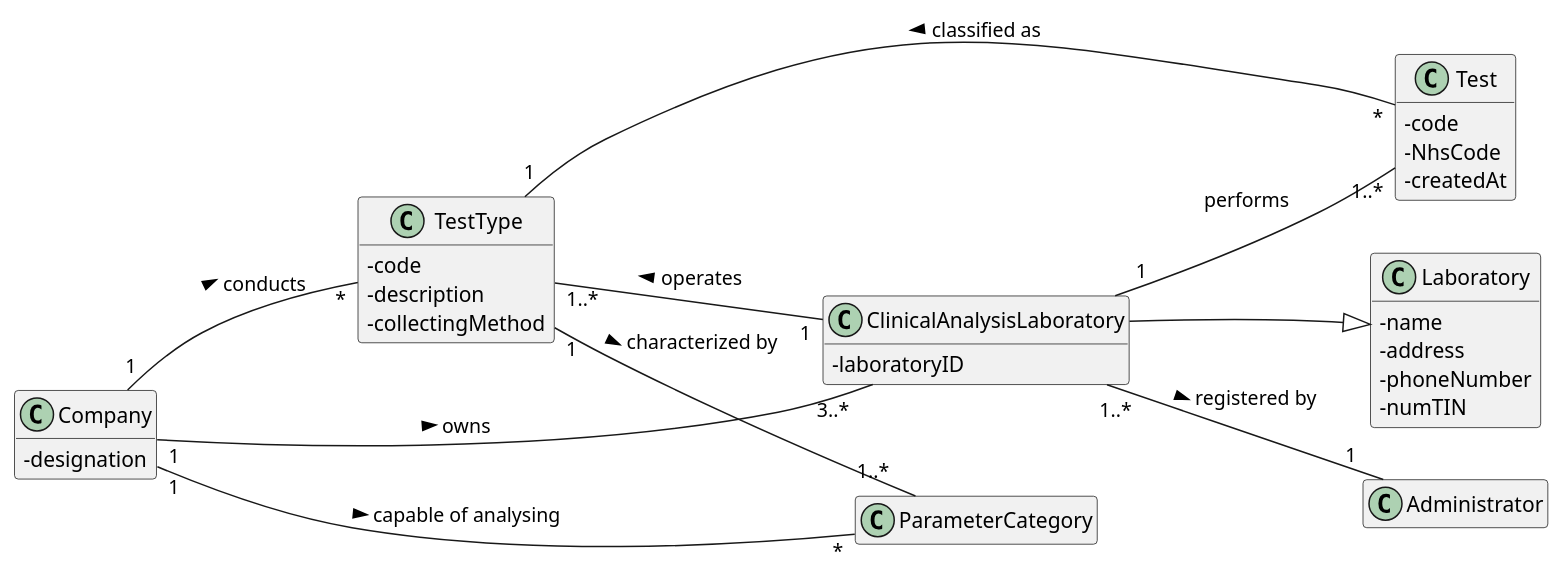
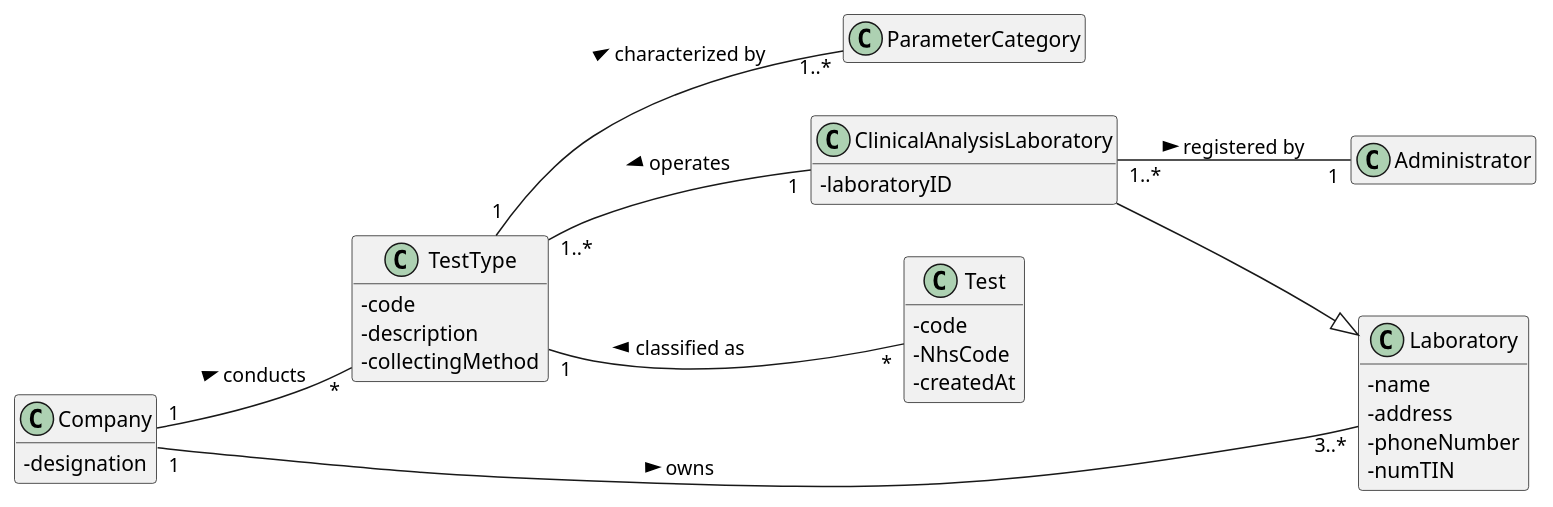
One commit to ana-albergaria/LAPR2-ISEP changed the diagram in docs/SprintB/US_8/US8_DM.puml. Above: the diagram before and after it, drawn with PlantUML. The commit also changed 7 other files, not shown here.

```diff
--- a/docs/SprintB/US_8/US8_DM.puml
+++ b/docs/SprintB/US_8/US8_DM.puml
@@ -1,85 +1,83 @@
 @startuml
 
 skinparam classAttributeIconSize 0
 hide empty methods
 hide empty attributes
 left to right direction
 
 class Laboratory {
 - name
 - address
 - phoneNumber
 - numTIN
 }
 
 /'
 class Employee {
 - employeeID
 - organizationRole
 - name
 - address
 - phoneNumber
 - e-Mail
 - standardOccupationalClassificationCode
 }'/
 
 class Test{
 - code
 - NhsCode
 - createdAt
 }
 
 class ClinicalAnalysisLaboratory{
 - laboratoryID
 }
 
 /'class Application{}'/
 
 class TestType{
 - code
 - description
 - collectingMethod
 }
 
 class Company{
 - designation
 }
 
 class Administrator{}
 
 together {
 class TestType
 class Laboratory
 }
 
 Company -[hidden]-> TestType
 Company -[hidden]-> Laboratory
 
 
 /' LAYOUT PURPOSES '/
 ClinicalAnalysisLaboratory -[hidden]down-> Laboratory
 Test -[hidden]up-> TestType
 ClinicalAnalysisLaboratory -[hidden]up-> TestType
 
 
 /' END OF LAYOUT PURPOSES '/
 
-Company "1" -- "3..*" ClinicalAnalysisLaboratory : owns >
+Company "1" -- "3..*" Laboratory : owns >
 /'ClinicalAnalysisLaboratory "1" -- "1" Laboratory : is of >'/
 /'Employee "1..*" - "1" Company : works for >'/
 Company "1" -- "*" TestType : conducts >
-ClinicalAnalysisLaboratory "1" -- "1..*" Test : performs
-Company "1" -- "*" ParameterCategory : capable of analysing >
 
 /' MUDAR SENTIDO DA SETA? POR CAUSA DO RATIONALE '/
 /'Application "1" -- "1" Company : knows <'/
 Test "*" -- "1" TestType : classified as >
 ClinicalAnalysisLaboratory "1" -- "1..*" TestType : operates >
 ClinicalAnalysisLaboratory "1..*" -- "1" Administrator : registered by >
 TestType "1" -- "1..*" ParameterCategory : characterized by >
 
 Laboratory <|-- ClinicalAnalysisLaboratory
 
 
 
 @enduml
```
